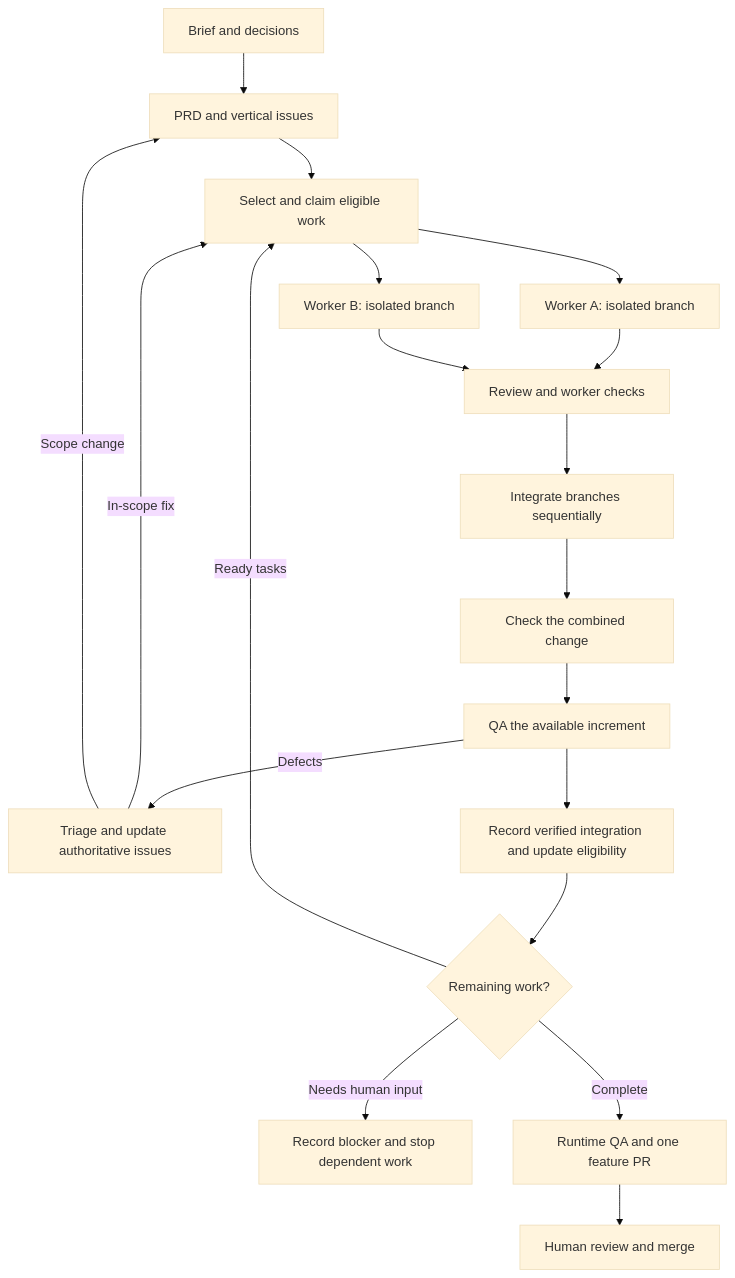
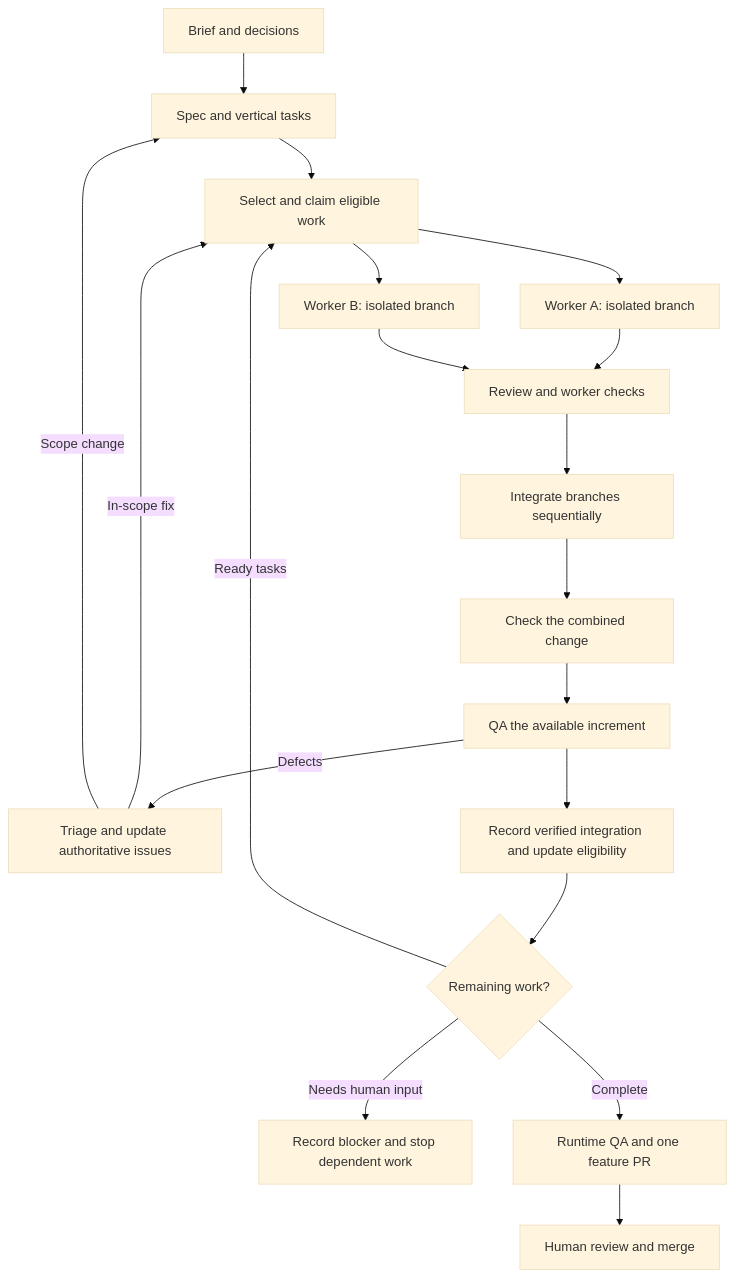
Before and after one commit to MofasserHossain/agent-skills: the diagram in docs/execution-plan.md, drawn with Mermaid (base theme). The commit also changed other lines of this file and 100 other files, not shown here.

````diff
--- a/docs/execution-plan.md
+++ b/docs/execution-plan.md
@@ -27,21 +27,21 @@
 ```mermaid
 flowchart TD
-    A[Brief and decisions] --> B[PRD and vertical issues]
+    A[Brief and decisions] --> B[Spec and vertical tasks]
     B --> C[Select and claim eligible work]
     C --> D[Worker A: isolated branch]
     C --> E[Worker B: isolated branch]
     D --> F[Review and worker checks]
     E --> F
     F --> G[Integrate branches sequentially]
     G --> H[Check the combined change]
     H --> Q[QA the available increment]
     Q -->|Defects| R[Triage and update authoritative issues]
     R -->|In-scope fix| C
     R -->|Scope change| B
     Q --> K[Record verified integration and update eligibility]
     K --> L{Remaining work?}
     L -->|Ready tasks| C
     L -->|Needs human input| M[Record blocker and stop dependent work]
     L -->|Complete| I[Runtime QA and one feature PR]
     I --> J[Human review and merge]
 ```
````
